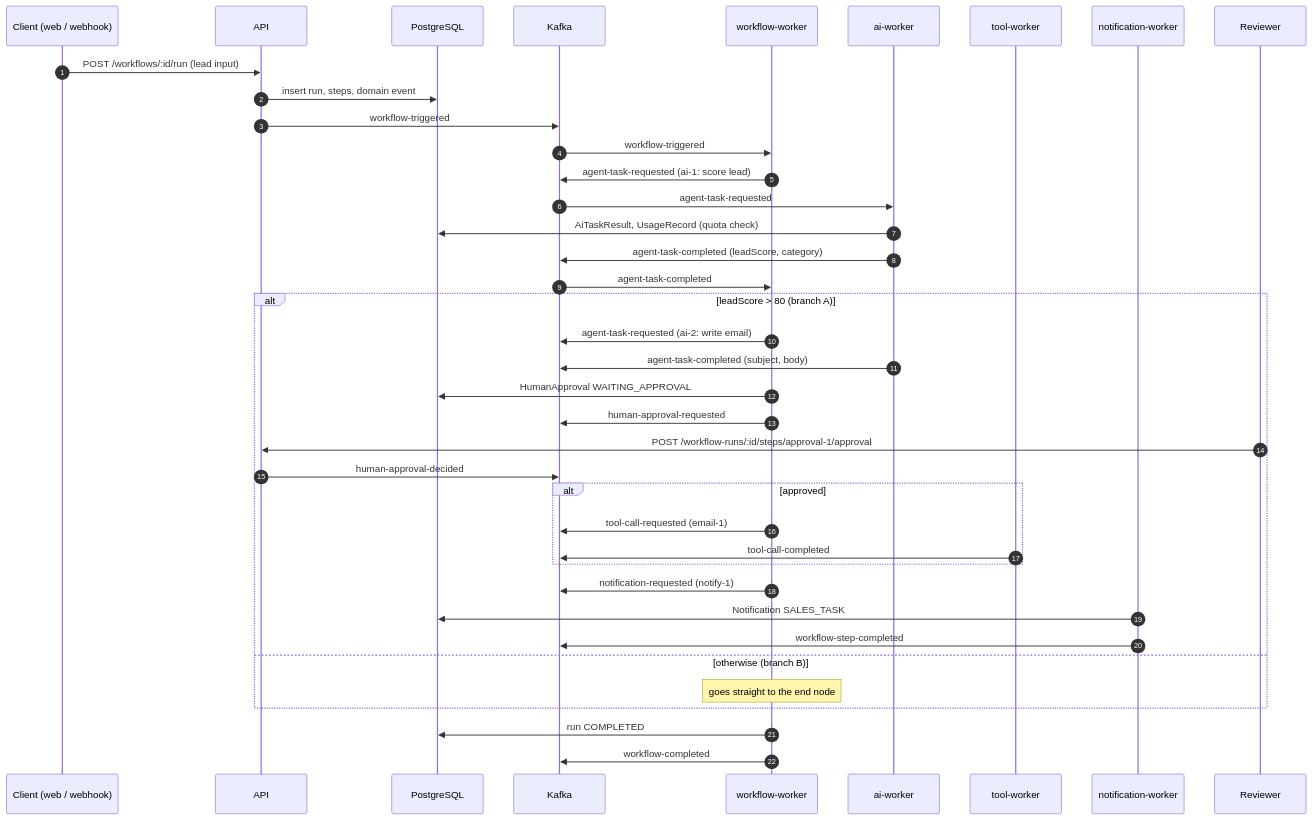
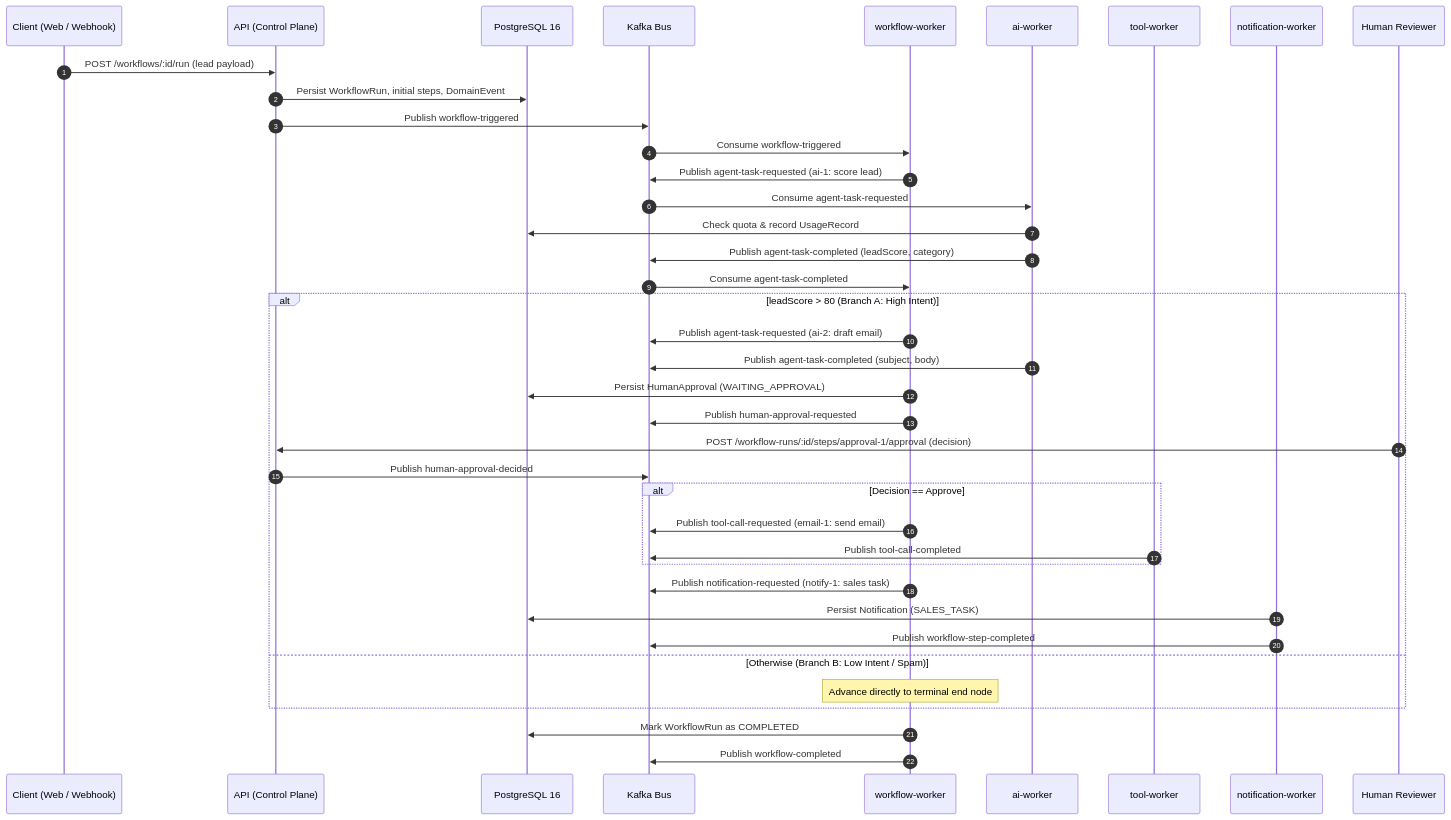
Before and after one commit to foxxiee04/AgentOps-AI-Agent-Workflow-Automation-Platform: the second of 4 diagrams in docs/system-documentation.md, drawn with Mermaid. The commit also changed other lines of this file and 7 other files, not shown here.

Commit message:
docs: API, security, AI agent, roadmap, decisions and system overview

````diff
--- a/docs/system-documentation.md
+++ b/docs/system-documentation.md
@@ -91,42 +97,42 @@
 ```mermaid
 sequenceDiagram
-  autonumber
-  participant C as Client (web / webhook)
-  participant A as API
-  participant DB as PostgreSQL
-  participant K as Kafka
-  participant W as workflow-worker
-  participant AI as ai-worker
-  participant T as tool-worker
-  participant N as notification-worker
-  participant R as Reviewer
+    autonumber
+    participant C as Client (Web / Webhook)
+    participant A as API (Control Plane)
+    participant DB as PostgreSQL 16
+    participant K as Kafka Bus
+    participant W as workflow-worker
+    participant AI as ai-worker
+    participant T as tool-worker
+    participant N as notification-worker
+    participant R as Human Reviewer
 
-  C->>A: POST /workflows/:id/run (lead input)
-  A->>DB: insert run, steps, domain event
-  A->>K: workflow-triggered
-  K->>W: workflow-triggered
-  W->>K: agent-task-requested (ai-1: score lead)
-  K->>AI: agent-task-requested
-  AI->>DB: AiTaskResult, UsageRecord (quota check)
-  AI->>K: agent-task-completed (leadScore, category)
-  K->>W: agent-task-completed
-  alt leadScore > 80 (branch A)
-    W->>K: agent-task-requested (ai-2: write email)
-    AI->>K: agent-task-completed (subject, body)
-    W->>DB: HumanApproval WAITING_APPROVAL
-    W->>K: human-approval-requested
-    R->>A: POST /workflow-runs/:id/steps/approval-1/approval
-    A->>K: human-approval-decided
-    alt approved
-      W->>K: tool-call-requested (email-1)
-      T->>K: tool-call-completed
+    C->>A: POST /workflows/:id/run (lead payload)
+    A->>DB: Persist WorkflowRun, initial steps, DomainEvent
+    A->>K: Publish workflow-triggered
+    K->>W: Consume workflow-triggered
+    W->>K: Publish agent-task-requested (ai-1: score lead)
+    K->>AI: Consume agent-task-requested
+    AI->>DB: Check quota & record UsageRecord
+    AI->>K: Publish agent-task-completed (leadScore, category)
+    K->>W: Consume agent-task-completed
+    alt leadScore > 80 (Branch A: High Intent)
+        W->>K: Publish agent-task-requested (ai-2: draft email)
+        AI->>K: Publish agent-task-completed (subject, body)
+        W->>DB: Persist HumanApproval (WAITING_APPROVAL)
+        W->>K: Publish human-approval-requested
+        R->>A: POST /workflow-runs/:id/steps/approval-1/approval (decision)
+        A->>K: Publish human-approval-decided
+        alt Decision == Approve
+            W->>K: Publish tool-call-requested (email-1: send email)
+            T->>K: Publish tool-call-completed
+        end
+        W->>K: Publish notification-requested (notify-1: sales task)
+        N->>DB: Persist Notification (SALES_TASK)
+        N->>K: Publish workflow-step-completed
+    else Otherwise (Branch B: Low Intent / Spam)
+        Note over W: Advance directly to terminal end node
     end
-    W->>K: notification-requested (notify-1)
-    N->>DB: Notification SALES_TASK
-    N->>K: workflow-step-completed
-  else otherwise (branch B)
-    Note over W: goes straight to the end node
-  end
-  W->>DB: run COMPLETED
-  W->>K: workflow-completed
+    W->>DB: Mark WorkflowRun as COMPLETED
+    W->>K: Publish workflow-completed
 ```
````
